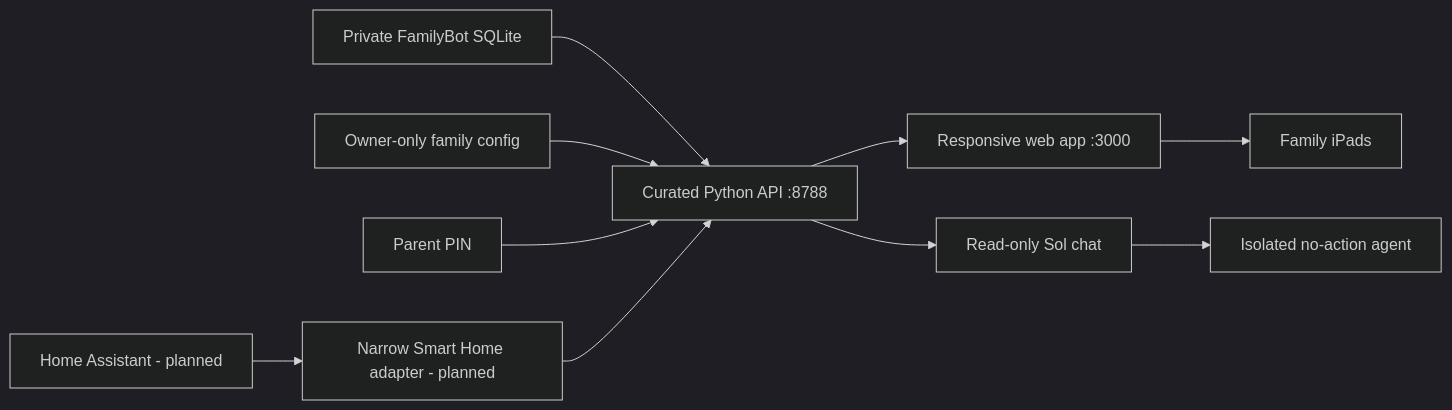
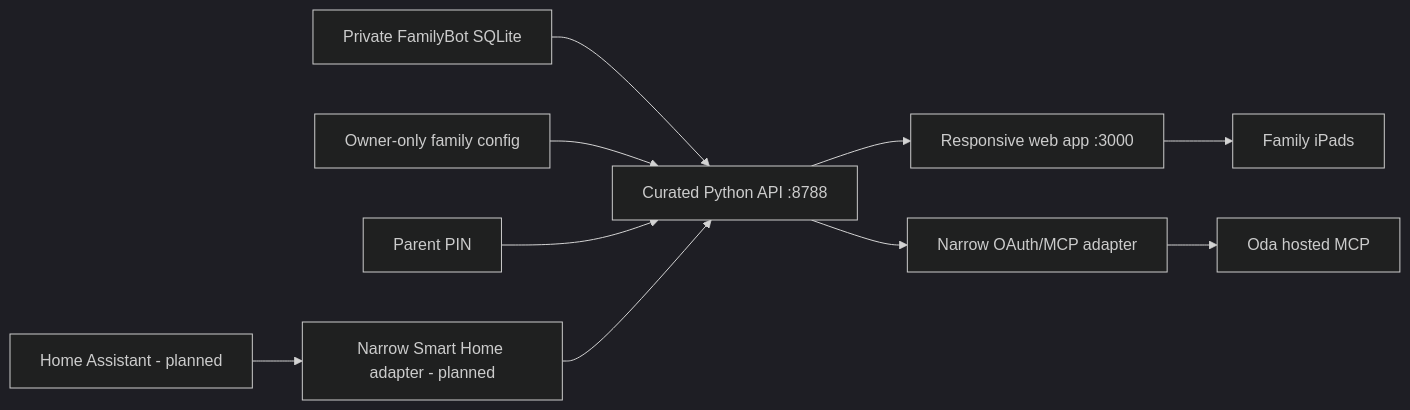
The diagram in docs/DEVELOPMENT_GUIDE.md (TrygveAasheim/familybot-portal), drawn with Mermaid (dark theme) before and after one commit. The commit also changed other lines of this file and 19 other files, not shown here.

Commit message:
Replace AI chat with Oda grocery integration

````diff
--- a/docs/DEVELOPMENT_GUIDE.md
+++ b/docs/DEVELOPMENT_GUIDE.md
@@ -25,12 +25,12 @@
 ```mermaid
 flowchart LR
   DB["Private FamilyBot SQLite"] --> API["Curated Python API :8788"]
   Config["Owner-only family config"] --> API
   API --> Web["Responsive web app :3000"]
-  API --> Chat["Read-only Sol chat"]
-  Chat --> OpenClaw["Isolated no-action agent"]
+  API --> Oda["Narrow OAuth/MCP adapter"]
+  Oda --> OdaMCP["Oda hosted MCP"]
   Web --> iPad["Family iPads"]
   Parent["Parent PIN"] --> API
   HA["Home Assistant - planned"] --> Smart["Narrow Smart Home adapter - planned"]
   Smart --> API
 ```
````
